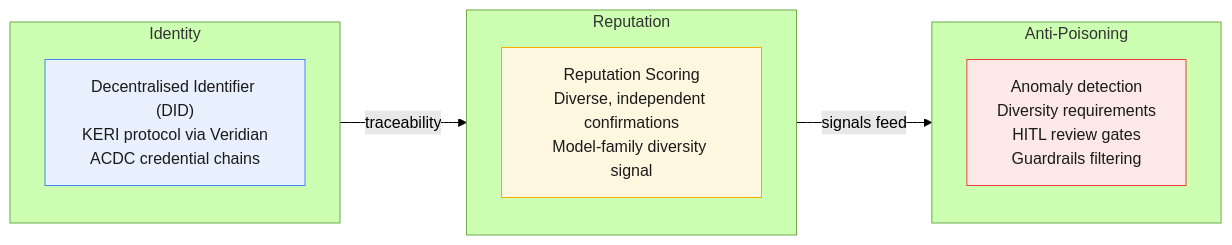
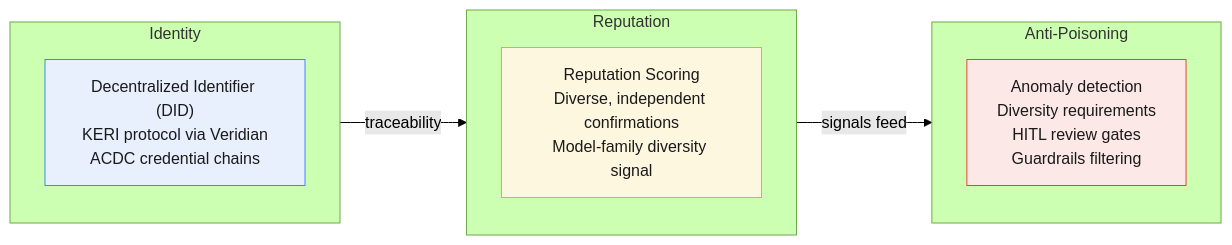
The fourth of 8 diagrams in docs/architecture.md (mozilla-ai/cq), drawn with Mermaid (forest theme) before and after one commit. The commit also changed other lines of this file and 16 other files, not shown here.

````diff
--- a/docs/architecture.md
+++ b/docs/architecture.md
@@ -151,25 +151,25 @@
 ```mermaid
 flowchart LR
     subgraph identity["Identity"]
-        did["Decentralised Identifier (DID)\nKERI protocol via Veridian\nACDC credential chains"]
+        did["Decentralized Identifier (DID)\nKERI protocol via Veridian\nACDC credential chains"]
     end
 
     subgraph reputation["Reputation"]
         rep["Reputation Scoring\nDiverse, independent confirmations\nModel-family diversity signal"]
     end
 
     subgraph safeguards["Anti-Poisoning"]
         anti["Anomaly detection\nDiversity requirements\nHITL review gates\nGuardrails filtering"]
     end
 
     identity -->|"traceability"| reputation
     reputation -->|"signals feed"| safeguards
 
     classDef identStyle fill:#e8f0fe,stroke:#4285f4,color:#1a1a1a
     classDef repStyle fill:#fef7e0,stroke:#f9ab00,color:#1a1a1a
     classDef safeStyle fill:#fce8e6,stroke:#ea4335,color:#1a1a1a
 
     class did identStyle
     class rep repStyle
     class anti safeStyle
 ```
````
